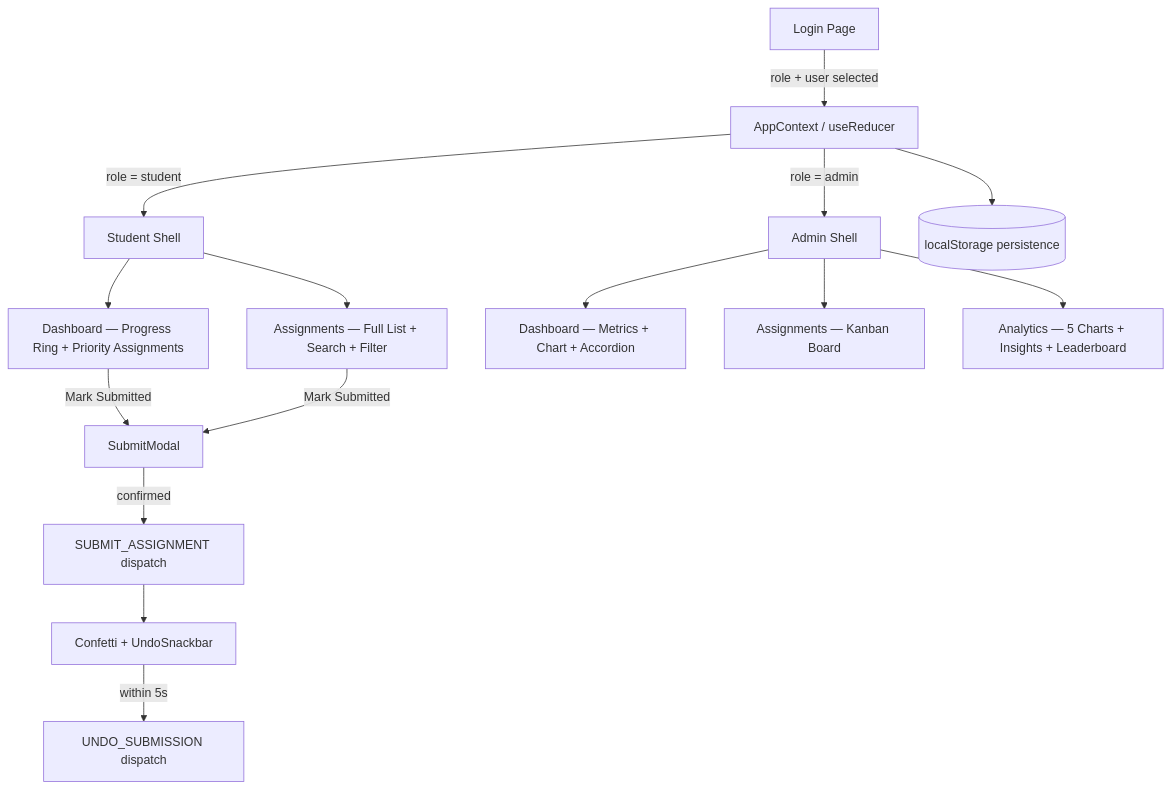
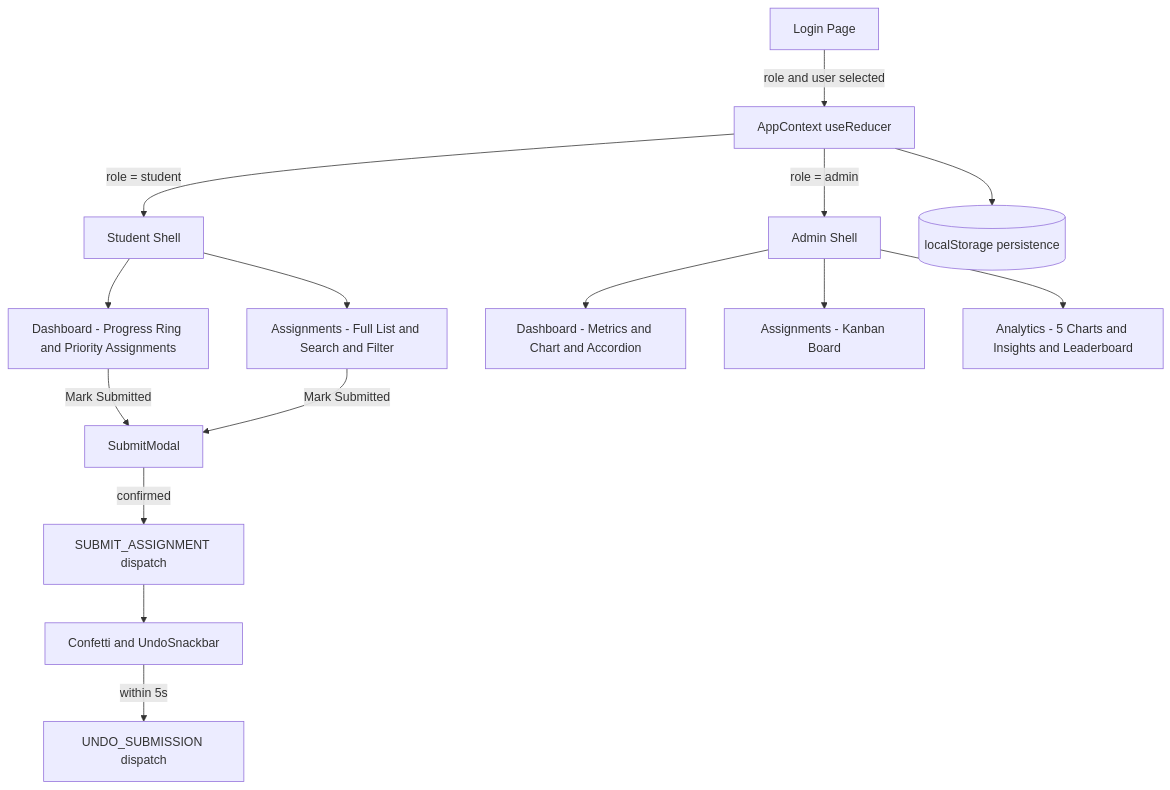
Before and after one commit to asthasingh0660/edutrack: the first of 3 diagrams in README.md, drawn with Mermaid.

Commit message:
Refactor flowchart labels for consistency

````diff
--- a/README.md
+++ b/README.md
@@ -46,20 +46,21 @@
 ```mermaid
 flowchart TD
-    A[Login Page] -->|role + user selected| B[AppContext / useReducer]
+    A[Login Page] -->|role and user selected| B[AppContext useReducer]
     B -->|role = student| C[Student Shell]
     B -->|role = admin| D[Admin Shell]
 
-    C --> C1[Dashboard — Progress Ring + Priority Assignments]
-    C --> C2[Assignments — Full List + Search + Filter]
+    C --> C1[Dashboard - Progress Ring and Priority Assignments]
+    C --> C2[Assignments - Full List and Search and Filter]
 
-    D --> D1[Dashboard — Metrics + Chart + Accordion]
-    D --> D2[Assignments — Kanban Board]
-    D --> D3[Analytics — 5 Charts + Insights + Leaderboard]
+    D --> D1[Dashboard - Metrics and Chart and Accordion]
+    D --> D2[Assignments - Kanban Board]
+    D --> D3[Analytics - 5 Charts and Insights and Leaderboard]
 
-    C1 & C2 -->|Mark Submitted| E[SubmitModal]
+    C1 -->|Mark Submitted| E[SubmitModal]
+    C2 -->|Mark Submitted| E[SubmitModal]
     E -->|confirmed| F[SUBMIT_ASSIGNMENT dispatch]
-    F --> G[Confetti + UndoSnackbar]
+    F --> G[Confetti and UndoSnackbar]
     G -->|within 5s| H[UNDO_SUBMISSION dispatch]
 
     B --> I[(localStorage persistence)]
 ```
````
